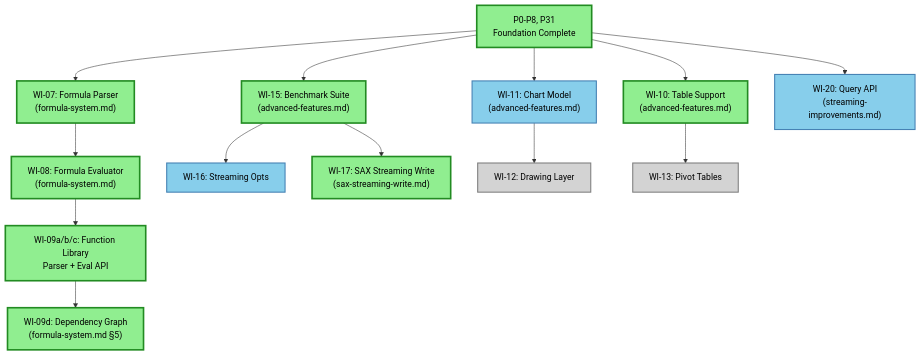
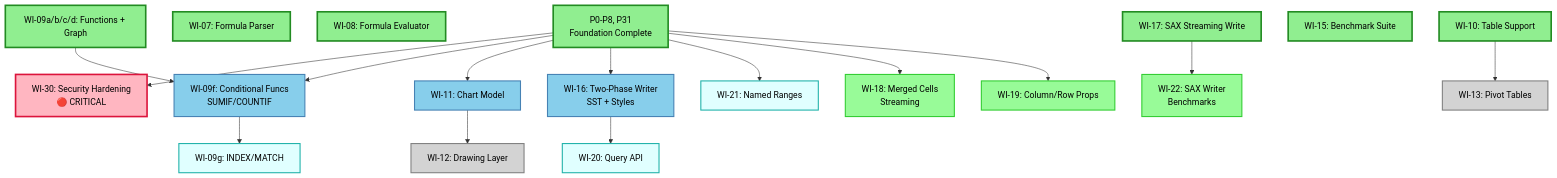
One commit to TJC-LP/xl changed the diagram in docs/plan/roadmap.md. Above: the diagram before and after it, drawn with Mermaid. The commit also changed other lines of this file and 39 other files, not shown here.

First line of the commit message:
feat: Add formula roundtrip support with cached values

````diff
--- a/docs/plan/roadmap.md
+++ b/docs/plan/roadmap.md
@@ -25,41 +33,57 @@
 ```mermaid
 graph TB
     %% Completed work (green)
     P0["P0-P8, P31<br/>Foundation Complete"]:::completed
-    WI07["WI-07: Formula Parser<br/>(formula-system.md)"]:::completed
-    WI08["WI-08: Formula Evaluator<br/>(formula-system.md)"]:::completed
-    WI09["WI-09a/b/c: Function Library<br/>Parser + Eval API"]:::completed
-    WI09d["WI-09d: Dependency Graph<br/>(formula-system.md §5)"]:::completed
-    WI10["WI-10: Table Support<br/>(advanced-features.md)"]:::completed
-    WI15["WI-15: Benchmark Suite<br/>(advanced-features.md)"]:::completed
+    WI07["WI-07: Formula Parser"]:::completed
+    WI08["WI-08: Formula Evaluator"]:::completed
+    WI09["WI-09a/b/c/d: Functions + Graph"]:::completed
+    WI10["WI-10: Table Support"]:::completed
+    WI15["WI-15: Benchmark Suite"]:::completed
+    WI17["WI-17: SAX Streaming Write"]:::completed
 
-    %% Available work (blue - ready to start)
-    WI11["WI-11: Chart Model<br/>(advanced-features.md)"]:::available
-    WI16["WI-16: Streaming Opts"]:::available
-    WI17["WI-17: SAX Streaming Write<br/>(sax-streaming-write.md)"]:::completed
-    WI20["WI-20: Query API<br/>(streaming-improvements.md)"]:::available
+    %% Critical (red outline)
+    WI30["WI-30: Security Hardening<br/>🔴 CRITICAL"]:::critical
 
-    %% Blocked work (gray - waiting on dependencies)
+    %% High priority available (blue)
+    WI09f["WI-09f: Conditional Funcs<br/>SUMIF/COUNTIF"]:::available
+    WI11["WI-11: Chart Model"]:::available
+    WI16["WI-16: Two-Phase Writer<br/>SST + Styles"]:::available
+
+    %% Medium priority (cyan)
+    WI09g["WI-09g: INDEX/MATCH"]:::medium
+    WI21["WI-21: Named Ranges"]:::medium
+    WI20["WI-20: Query API"]:::medium
+
+    %% Quick wins (light green)
+    WI18["WI-18: Merged Cells<br/>Streaming"]:::quickwin
+    WI19["WI-19: Column/Row Props"]:::quickwin
+    WI22["WI-22: SAX Writer<br/>Benchmarks"]:::quickwin
+
+    %% Blocked (gray)
     WI12["WI-12: Drawing Layer"]:::blocked
     WI13["WI-13: Pivot Tables"]:::blocked
 
     %% Dependencies
-    P0 --> WI07
-    P0 --> WI10
+    P0 --> WI30
+    P0 --> WI09f
     P0 --> WI11
-    P0 --> WI15
-    P0 --> WI20
+    P0 --> WI16
+    P0 --> WI21
+    P0 --> WI18
+    P0 --> WI19
+    WI17 --> WI22
 
-    WI07 --> WI08
-    WI08 --> WI09
-    WI09 --> WI09d
+    WI09 --> WI09f
+    WI09f --> WI09g
     WI11 --> WI12
     WI10 --> WI13
-    WI15 --> WI16
-    WI15 --> WI17
+    WI16 --> WI20
 
     %% Style definitions
     classDef completed fill:#90EE90,stroke:#228B22,stroke-width:3px,color:#000
+    classDef critical fill:#FFB6C1,stroke:#DC143C,stroke-width:3px,color:#000
     classDef available fill:#87CEEB,stroke:#4682B4,stroke-width:2px,color:#000
+    classDef medium fill:#E0FFFF,stroke:#20B2AA,stroke-width:2px,color:#000
+    classDef quickwin fill:#98FB98,stroke:#32CD32,stroke-width:2px,color:#000
     classDef blocked fill:#D3D3D3,stroke:#808080,stroke-width:2px,color:#000
 ```
````
